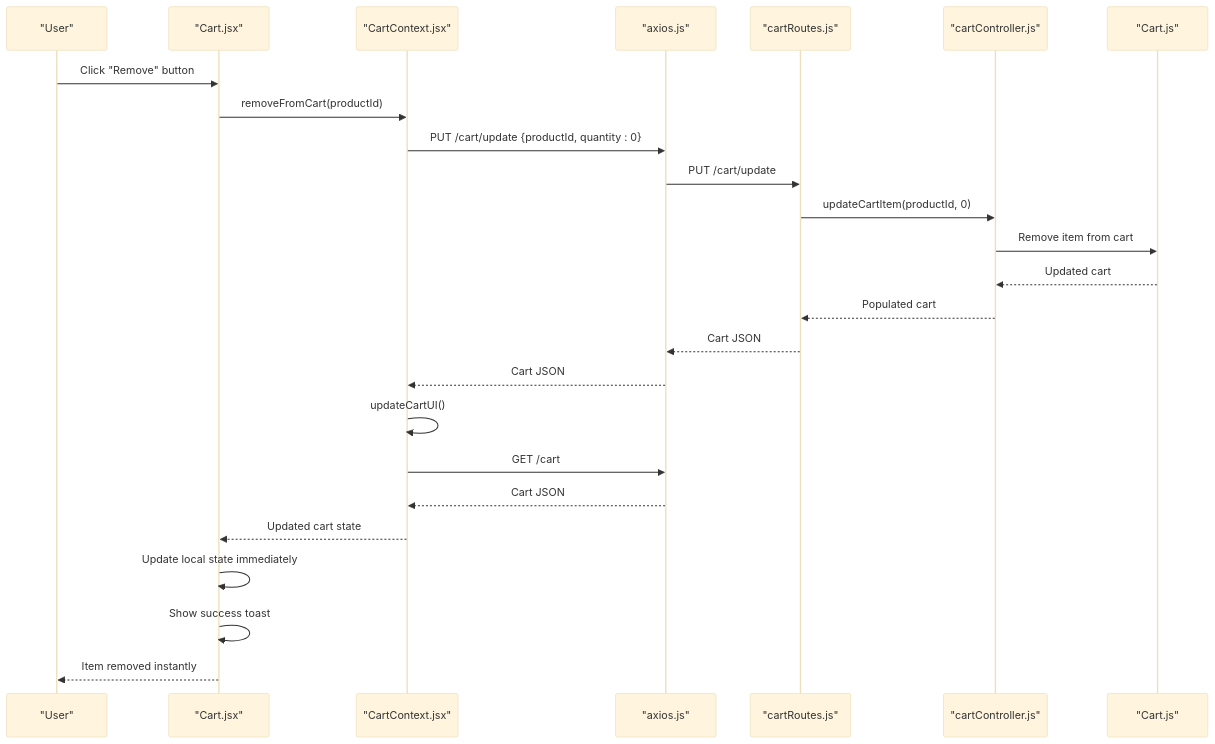
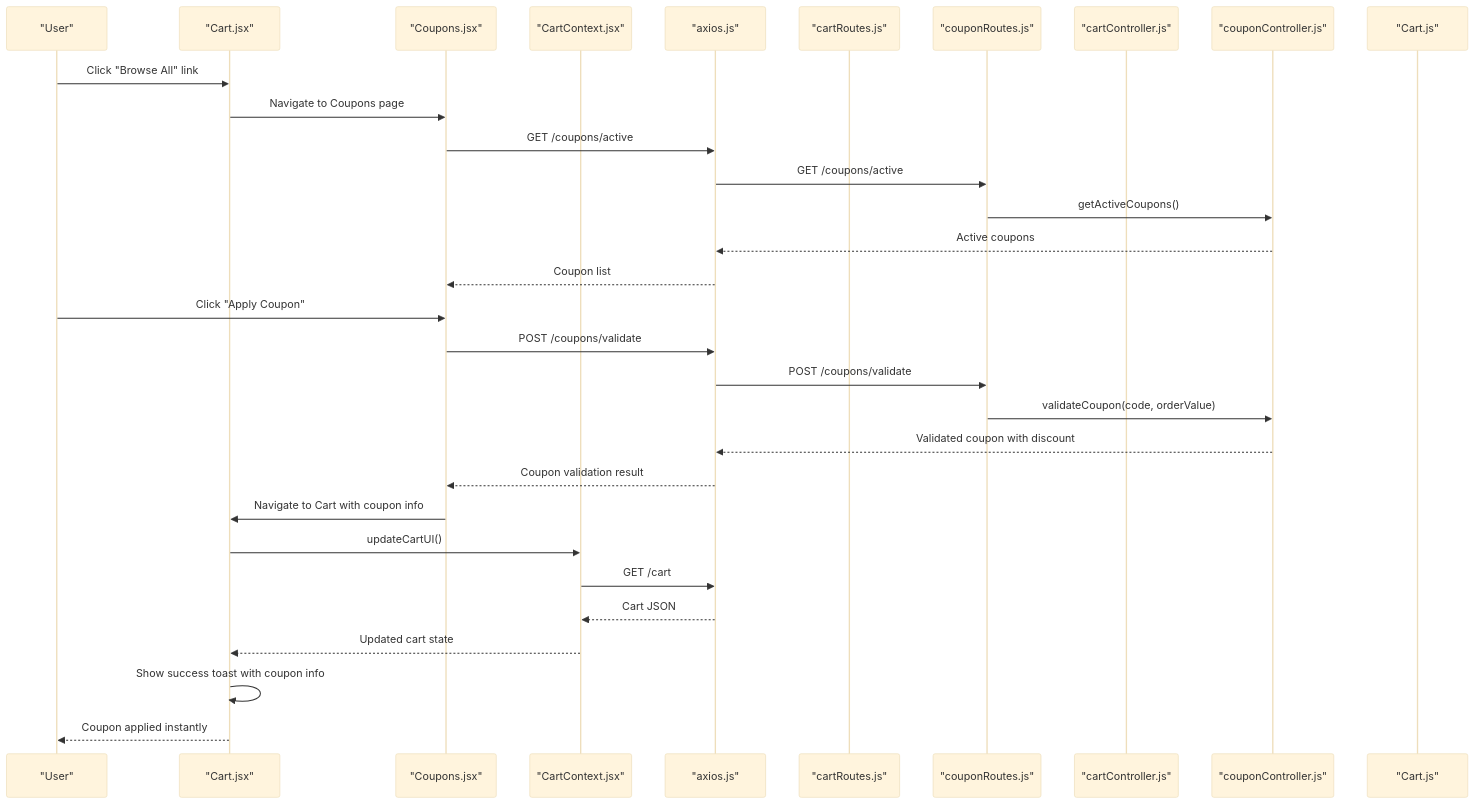
Before and after one commit to Pavan-PSPK9032/TrendsandToss: the second of 11 diagrams in .qoder/repowiki/en/content/Shopping Experience/Shopping Cart Management.md, drawn with Mermaid (base theme). The commit also changed other lines of this file and 24 other files, not shown here.

````diff
--- a/.qoder/repowiki/en/content/Shopping Experience/Shopping Cart Management.md
+++ b/.qoder/repowiki/en/content/Shopping Experience/Shopping Cart Management.md
@@ -149,27 +157,33 @@
 ```mermaid
 sequenceDiagram
 participant User as "User"
 participant Page as "Cart.jsx"
+participant Coupons as "Coupons.jsx"
 participant Context as "CartContext.jsx"
 participant API as "axios.js"
 participant Routes as "cartRoutes.js"
+participant CouponRoutes as "couponRoutes.js"
 participant Ctrl as "cartController.js"
+participant CouponCtrl as "couponController.js"
 participant Model as "Cart.js"
-User->>Page : Click "Remove" button
-Page->>Context : removeFromCart(productId)
-Context->>API : PUT /cart/update {productId, quantity : 0}
-API->>Routes : PUT /cart/update
-Routes->>Ctrl : updateCartItem(productId, 0)
-Ctrl->>Model : Remove item from cart
-Model-->>Ctrl : Updated cart
-Ctrl-->>Routes : Populated cart
-Routes-->>API : Cart JSON
-API-->>Context : Cart JSON
-Context->>Context : updateCartUI()
+User->>Page : Click "Browse All" link
+Page->>Coupons : Navigate to Coupons page
+Coupons->>API : GET /coupons/active
+API->>CouponRoutes : GET /coupons/active
+CouponRoutes->>CouponCtrl : getActiveCoupons()
+CouponCtrl-->>API : Active coupons
+API-->>Coupons : Coupon list
+User->>Coupons : Click "Apply Coupon"
+Coupons->>API : POST /coupons/validate
+API->>CouponRoutes : POST /coupons/validate
+CouponRoutes->>CouponCtrl : validateCoupon(code, orderValue)
+CouponCtrl-->>API : Validated coupon with discount
+API-->>Coupons : Coupon validation result
+Coupons->>Page : Navigate to Cart with coupon info
+Page->>Context : updateCartUI()
 Context->>API : GET /cart
 API-->>Context : Cart JSON
 Context-->>Page : Updated cart state
-Page->>Page : Update local state immediately
-Page->>Page : Show success toast
-Page-->>User : Item removed instantly
+Page->>Page : Show success toast with coupon info
+Page-->>User : Coupon applied instantly
 ```
````
